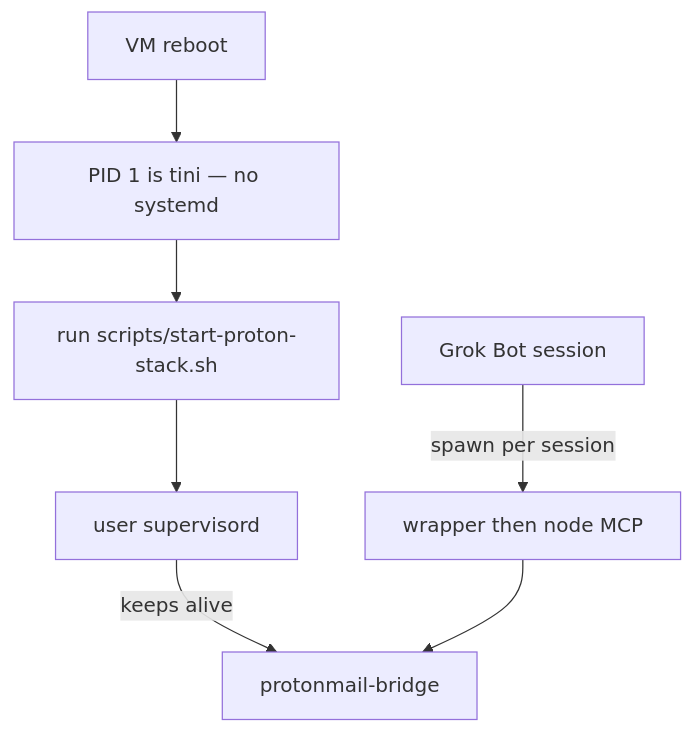
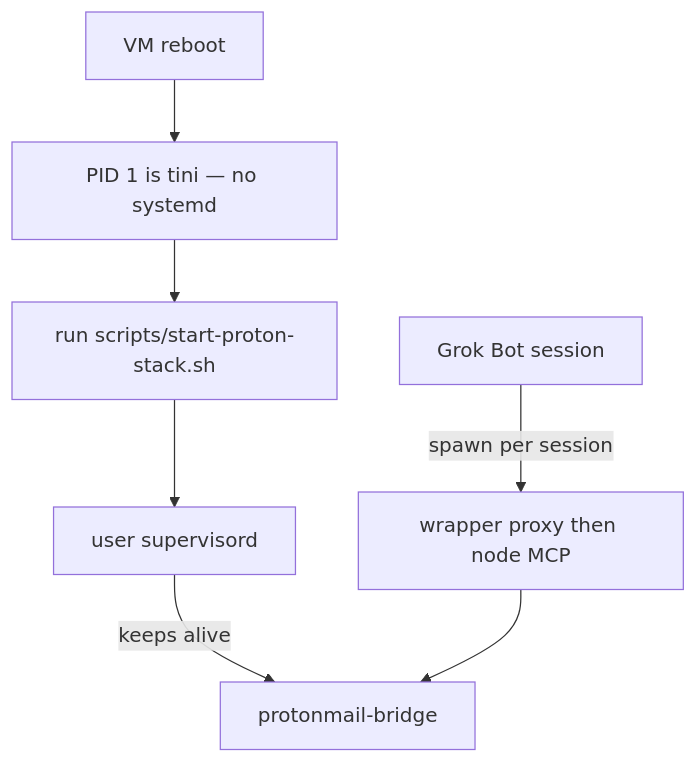
The third of 3 diagrams in README.md (elderibeiro/proton-mail-mcp-grokbot), drawn with Mermaid before and after one commit. The commit also changed other lines of this file and 8 other files, not shown here.

````diff
--- a/README.md
+++ b/README.md
@@ -64,9 +85,9 @@
 ```mermaid
 flowchart TD
   SV[user supervisord] -->|keeps alive| BR[protonmail-bridge]
-  Sess[Grok Bot session] -->|spawn per session| MCP["wrapper then node MCP"]
+  Sess[Grok Bot session] -->|spawn per session| MCP["wrapper proxy then node MCP"]
   MCP --> BR
   Reboot[VM reboot] --> Tini["PID 1 is tini — no systemd"]
   Tini --> Start["run scripts/start-proton-stack.sh"]
   Start --> SV
 ```
````
